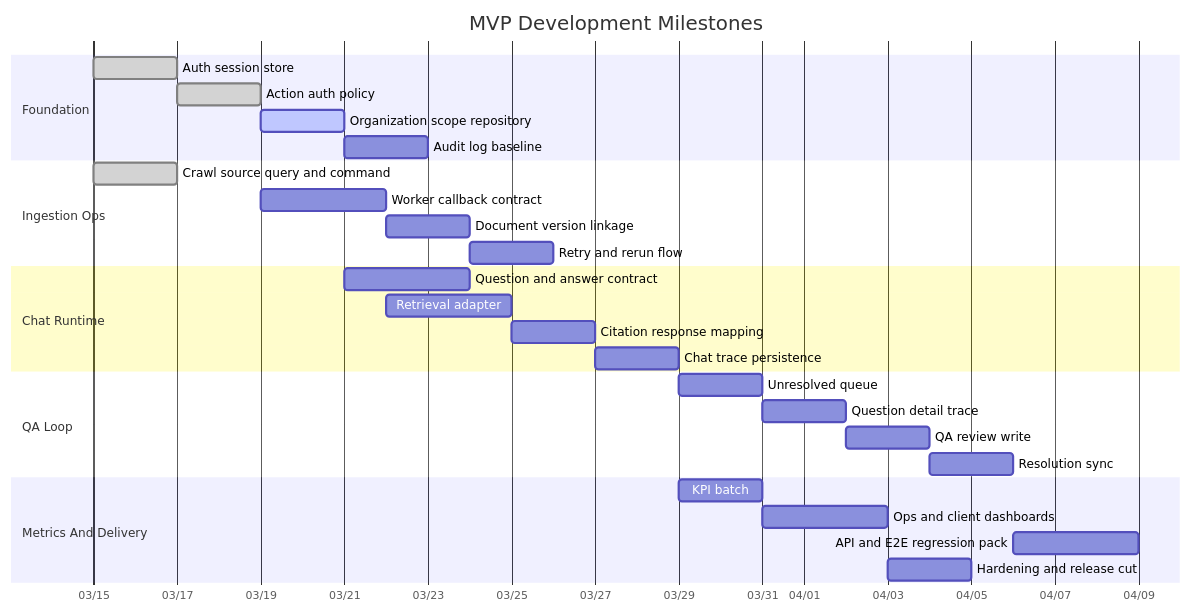
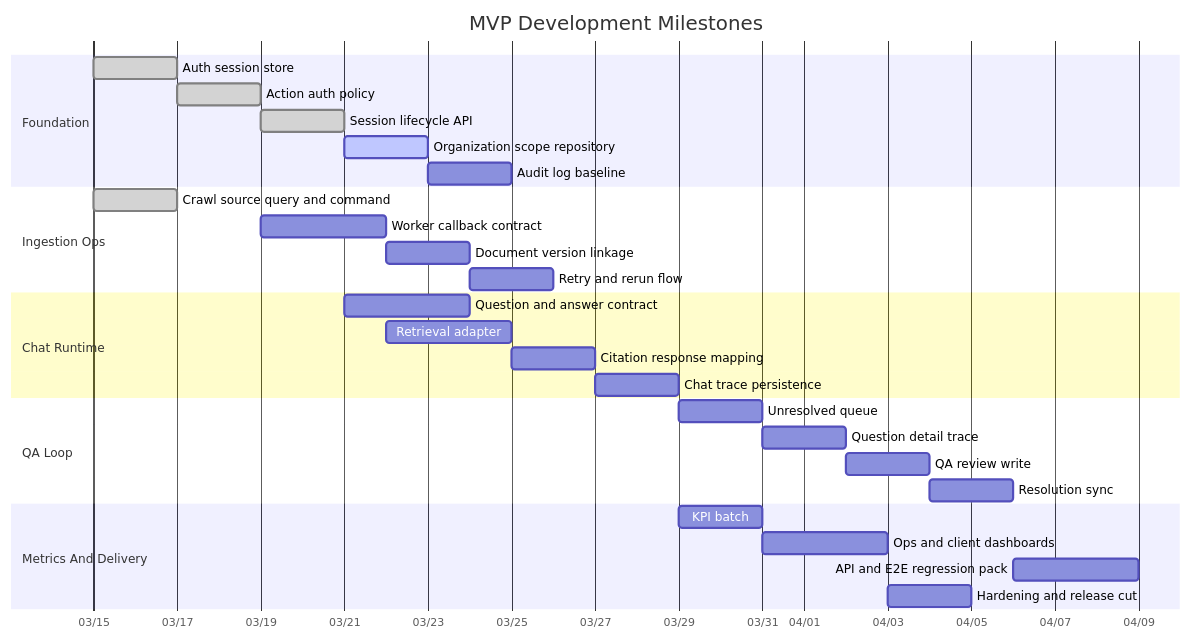
The third of 3 diagrams in mvp_docs/17_development_wbs_milestones.md (jcglobeway/centras-ai-gov), drawn with Mermaid before and after one commit. The commit also changed other lines of this file and 10 other files, not shown here.

````diff
--- a/mvp_docs/17_development_wbs_milestones.md
+++ b/mvp_docs/17_development_wbs_milestones.md
@@ -94,36 +94,37 @@
 ```mermaid
 gantt
     title MVP Development Milestones
     dateFormat  YYYY-MM-DD
     axisFormat  %m/%d
 
     section Foundation
     Auth session store              :done, foundation1, 2026-03-15, 2d
     Action auth policy              :done, foundation2, after foundation1, 2d
-    Organization scope repository   :active, foundation3, after foundation2, 2d
-    Audit log baseline              :foundation4, after foundation3, 2d
+    Session lifecycle API           :done, foundation3, after foundation2, 2d
+    Organization scope repository   :active, foundation4, after foundation3, 2d
+    Audit log baseline              :foundation5, after foundation4, 2d
 
     section Ingestion Ops
     Crawl source query and command  :done, ingestion1, 2026-03-15, 2d
     Worker callback contract        :ingestion2, after foundation2, 3d
     Document version linkage        :ingestion3, after ingestion2, 2d
     Retry and rerun flow            :ingestion4, after ingestion3, 2d
 
     section Chat Runtime
     Question and answer contract    :chat1, after foundation3, 3d
     Retrieval adapter               :chat2, after ingestion2, 3d
     Citation response mapping       :chat3, after chat2, 2d
     Chat trace persistence          :chat4, after chat3, 2d
 
     section QA Loop
     Unresolved queue                :qa1, after chat4, 2d
     Question detail trace           :qa2, after qa1, 2d
     QA review write                 :qa3, after qa2, 2d
     Resolution sync                 :qa4, after qa3, 2d
 
     section Metrics And Delivery
     KPI batch                       :metrics1, after chat4, 2d
     Ops and client dashboards       :metrics2, after metrics1, 3d
     API and E2E regression pack     :metrics3, after qa4, 3d
     Hardening and release cut       :metrics4, after metrics2, 2d
 ```
````
